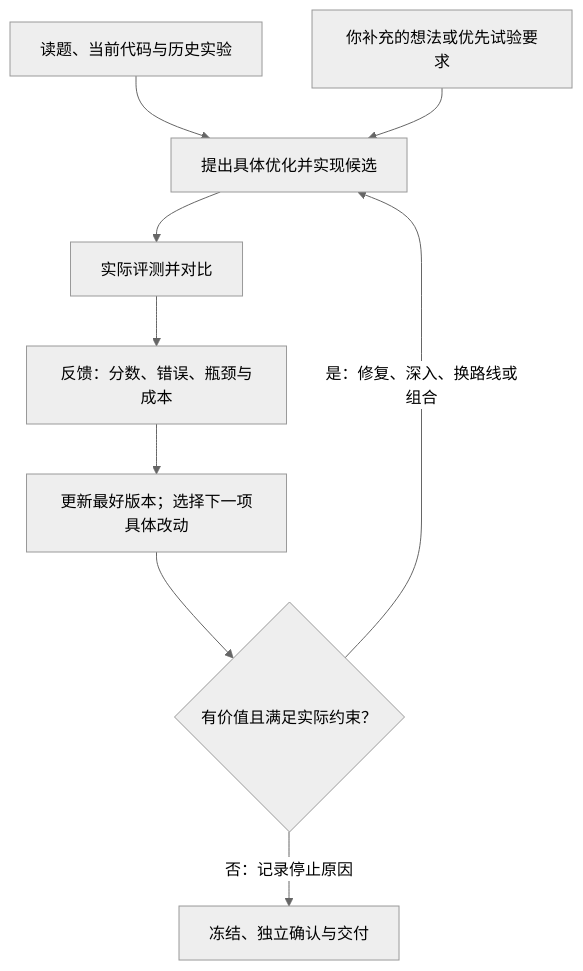
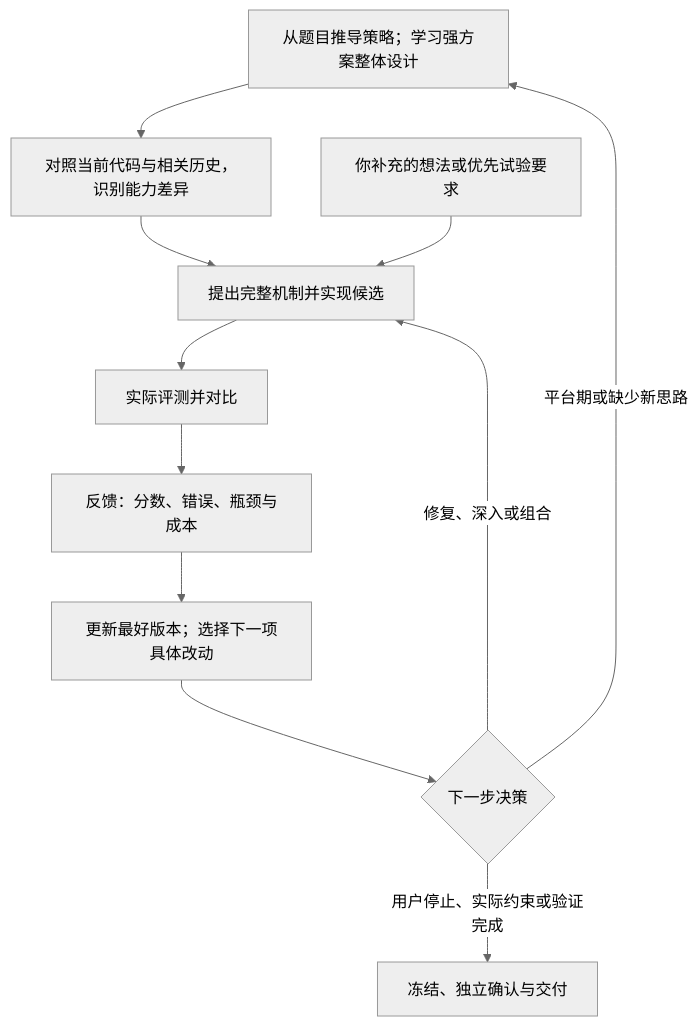
Before and after one commit to LikC1606/competition-agent-skill: the diagram in README.md, drawn with Mermaid (neutral theme). The commit also changed other lines of this file and 21 other files, not shown here.

````diff
--- a/README.md
+++ b/README.md
@@ -38,11 +65,13 @@
 ```mermaid
 flowchart TD
-    A[读题、当前代码与历史实验] --> B[提出具体优化并实现候选]
+    A[从题目推导策略；学习强方案整体设计] --> I[对照当前代码与相关历史，识别能力差异]
+    I --> B[提出完整机制并实现候选]
     H[你补充的想法或优先试验要求] --> B
     B --> C[实际评测并对比]
     C --> D[反馈：分数、错误、瓶颈与成本]
     D --> E[更新最好版本；选择下一项具体改动]
-    E --> F{有价值且满足实际约束？}
-    F -->|是：修复、深入、换路线或组合| B
-    F -->|否：记录停止原因| G[冻结、独立确认与交付]
+    E --> F{下一步决策}
+    F -->|修复、深入或组合| B
+    F -->|平台期或缺少新思路| A
+    F -->|用户停止、实际约束或验证完成| G[冻结、独立确认与交付]
 ```
````
